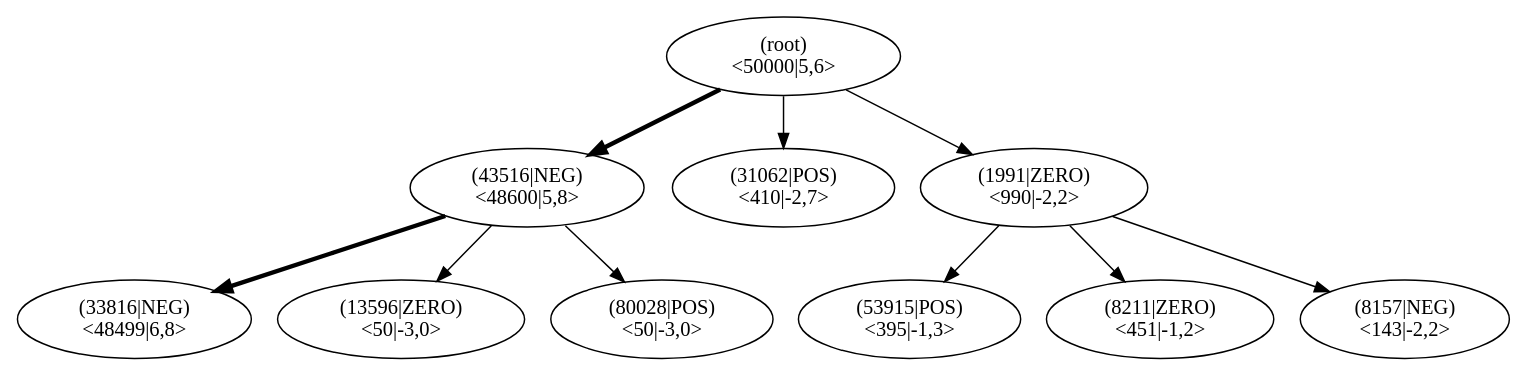
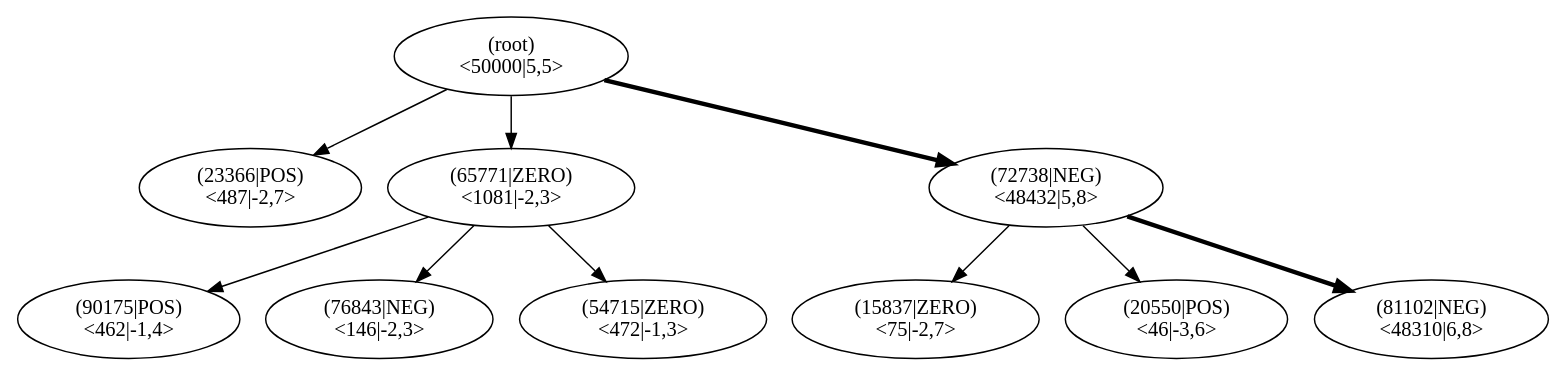
The diagram in pictures/ch13/lane_test_mcts.dot (JonasHellgren/relexp-java), drawn with Graphviz before and after one commit. The commit also changed 29 other files, not shown here.

```diff
--- a/pictures/ch13/lane_test_mcts.dot
+++ b/pictures/ch13/lane_test_mcts.dot
@@ -1,32 +1,32 @@
 digraph MCTS {
 node [shape=ellipse];
 Nroot [label="(root)
-<50000|5,6>"];
-Nroot -> N43516[penwidth=3];
-N43516 [label="(43516|NEG)
-<48600|5,8>"];
-N43516 -> N33816[penwidth=3];
-N33816 [label="(33816|NEG)
-<48499|6,8>"];
-N43516 -> N13596[penwidth=1];
-N13596 [label="(13596|ZERO)
-<50|-3,0>"];
-N43516 -> N80028[penwidth=1];
-N80028 [label="(80028|POS)
-<50|-3,0>"];
-Nroot -> N31062[penwidth=1];
-N31062 [label="(31062|POS)
-<410|-2,7>"];
-Nroot -> N1991[penwidth=1];
-N1991 [label="(1991|ZERO)
-<990|-2,2>"];
-N1991 -> N53915[penwidth=1];
-N53915 [label="(53915|POS)
-<395|-1,3>"];
-N1991 -> N8211[penwidth=1];
-N8211 [label="(8211|ZERO)
-<451|-1,2>"];
-N1991 -> N8157[penwidth=1];
-N8157 [label="(8157|NEG)
-<143|-2,2>"];
+<50000|5,5>"];
+Nroot -> N23366[penwidth=1];
+N23366 [label="(23366|POS)
+<487|-2,7>"];
+Nroot -> N65771[penwidth=1];
+N65771 [label="(65771|ZERO)
+<1081|-2,3>"];
+N65771 -> N90175[penwidth=1];
+N90175 [label="(90175|POS)
+<462|-1,4>"];
+N65771 -> N76843[penwidth=1];
+N76843 [label="(76843|NEG)
+<146|-2,3>"];
+N65771 -> N54715[penwidth=1];
+N54715 [label="(54715|ZERO)
+<472|-1,3>"];
+Nroot -> N72738[penwidth=3];
+N72738 [label="(72738|NEG)
+<48432|5,8>"];
+N72738 -> N15837[penwidth=1];
+N15837 [label="(15837|ZERO)
+<75|-2,7>"];
+N72738 -> N20550[penwidth=1];
+N20550 [label="(20550|POS)
+<46|-3,6>"];
+N72738 -> N81102[penwidth=3];
+N81102 [label="(81102|NEG)
+<48310|6,8>"];
 }
```
